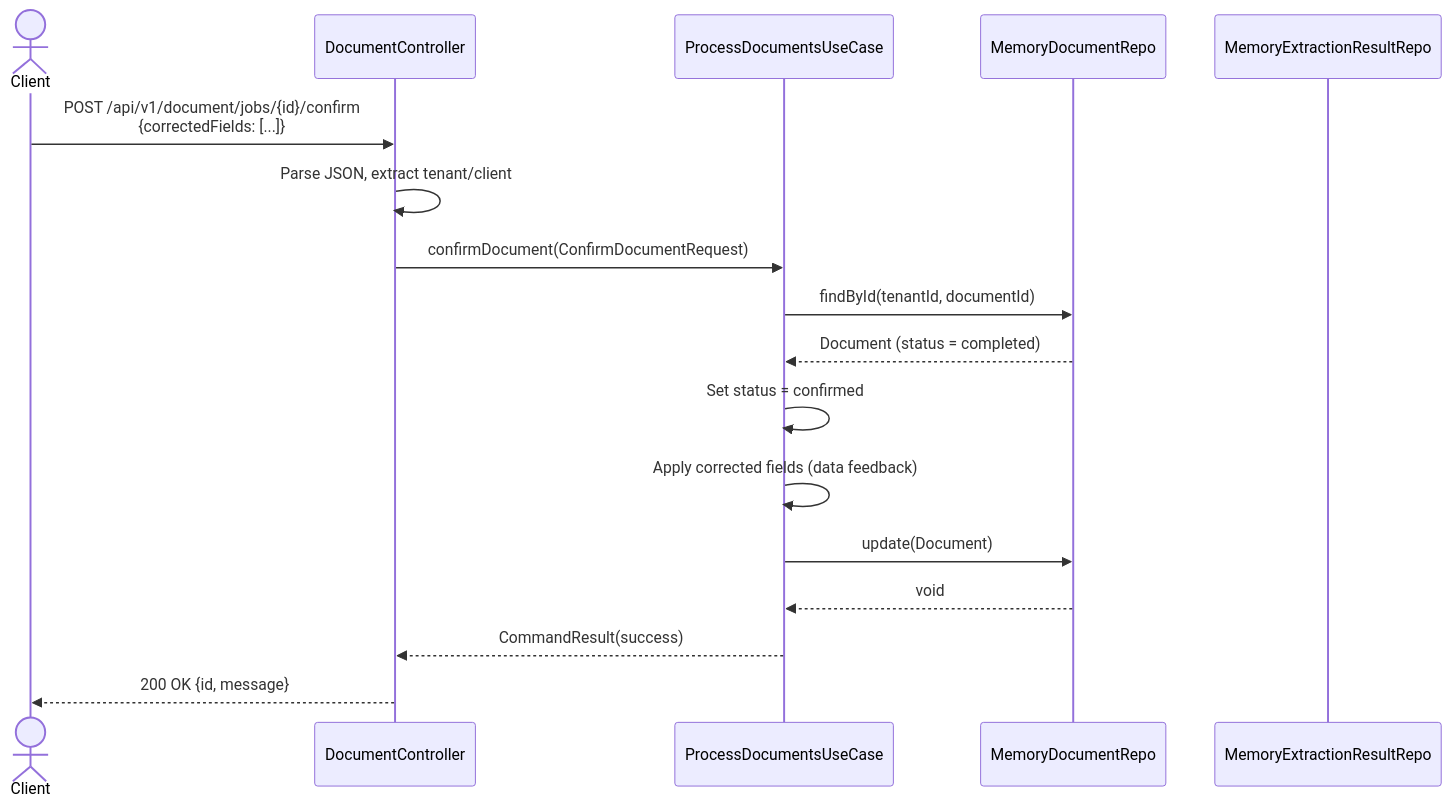
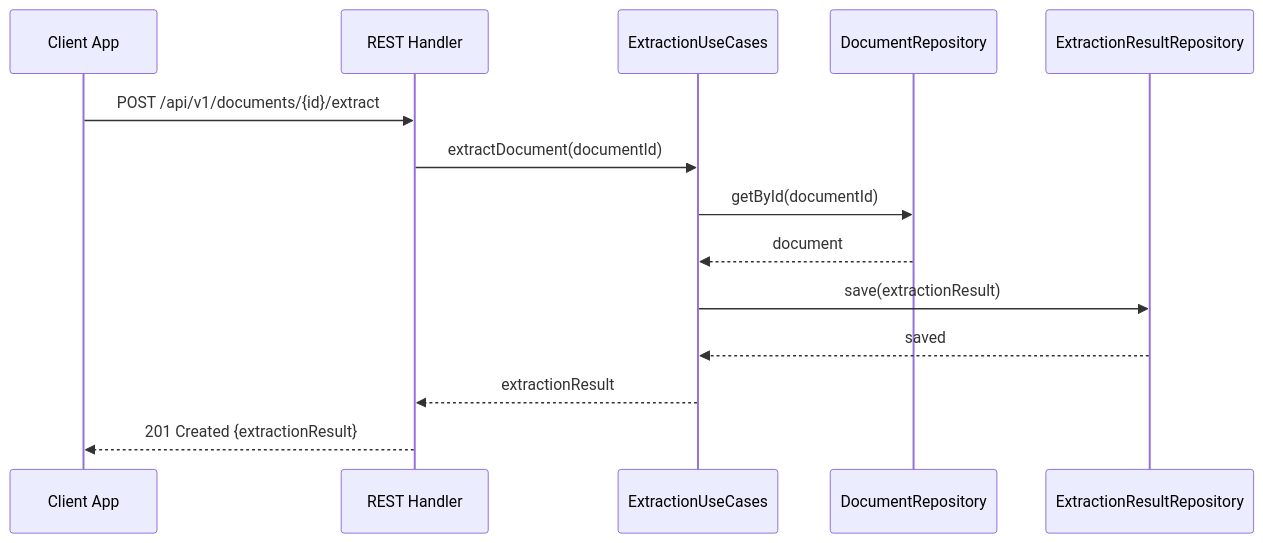
One commit to UIMSolutions/uim-platform changed the third of 3 diagrams in document-ai/docs/uml.md. Above: the diagram before and after it, drawn with Mermaid. The commit also changed other lines of this file and 7 other files, not shown here.

First line of the commit message:
Refactor UML documentation for Identity Directory and Integration Automation services

````diff
--- a/document-ai/docs/uml.md
+++ b/document-ai/docs/uml.md
@@ -452,20 +109,17 @@
 ```mermaid
 sequenceDiagram
-    actor Client
-    participant DC as DocumentController
-    participant PDU as ProcessDocumentsUseCase
-    participant DR as MemoryDocumentRepo
-    participant ERR as MemoryExtractionResultRepo
+    participant C as Client App
+    participant R as REST Handler
+    participant UC as ExtractionUseCases
+    participant DR as DocumentRepository
+    participant RR as ExtractionResultRepository
 
-    Client->>DC: POST /api/v1/document/jobs/{id}/confirm<br/>{correctedFields: [...]}
-    DC->>DC: Parse JSON, extract tenant/client
-    DC->>PDU: confirmDocument(ConfirmDocumentRequest)
-    PDU->>DR: findById(tenantId, documentId)
-    DR-->>PDU: Document (status = completed)
-    PDU->>PDU: Set status = confirmed
-    PDU->>PDU: Apply corrected fields (data feedback)
-    PDU->>DR: update(Document)
-    DR-->>PDU: void
-    PDU-->>DC: CommandResult(success)
-    DC-->>Client: 200 OK {id, message}
+    C->>R: POST /api/v1/documents/{id}/extract
+    R->>UC: extractDocument(documentId)
+    UC->>DR: getById(documentId)
+    DR-->>UC: document
+    UC->>RR: save(extractionResult)
+    RR-->>UC: saved
+    UC-->>R: extractionResult
+    R-->>C: 201 Created {extractionResult}
 ```
````
